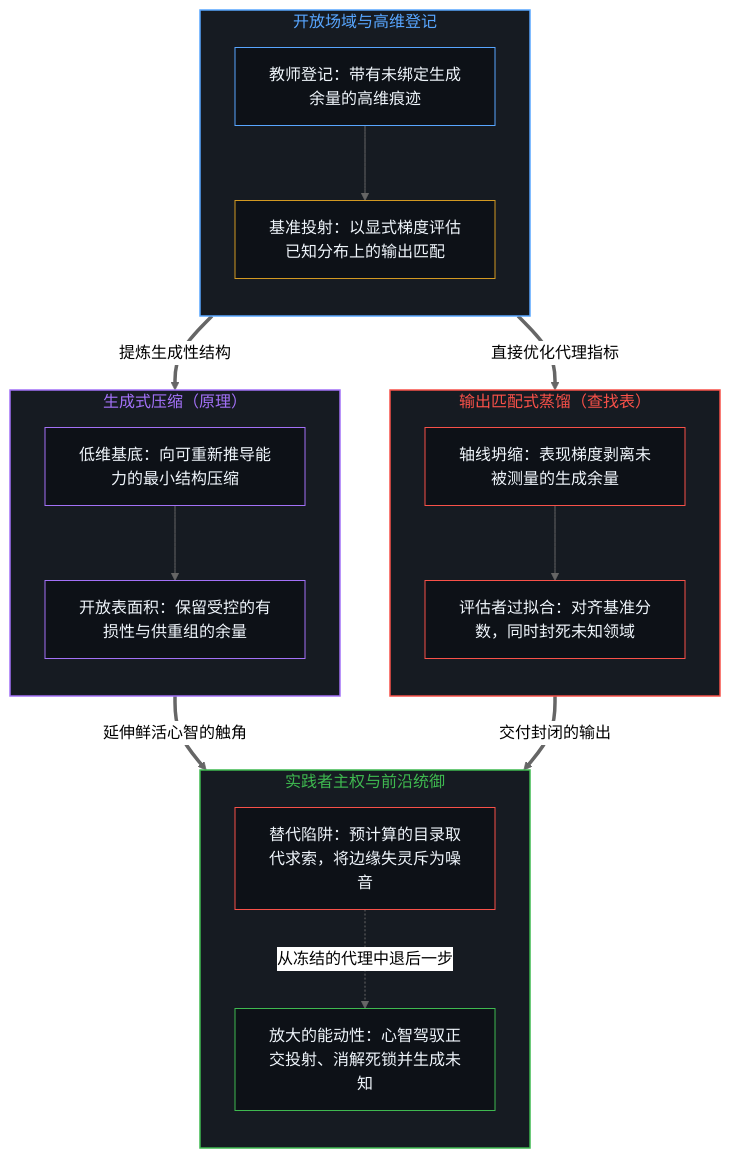
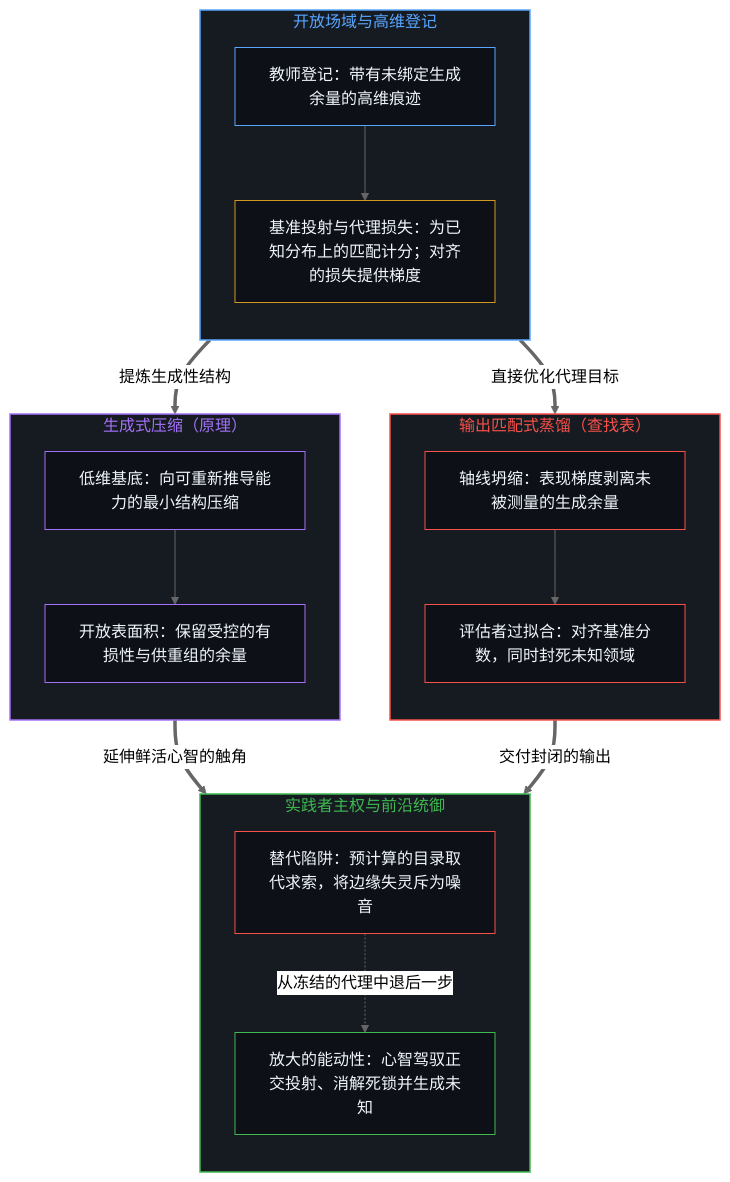
One commit to powerpig99/not-a-toe changed the first of 2 diagrams in content/posts/distillation-compression-agency.md. Above: the diagram before and after it, drawn with Mermaid (neutral theme). The commit also changed other lines of this file and 4 other files, not shown here.

````diff
--- a/content/posts/distillation-compression-agency.md
+++ b/content/posts/distillation-compression-agency.md
@@ -77,43 +77,43 @@
 ```mermaid
 flowchart TD
     subgraph S_Open["开放场域与高维登记"]
         direction TB
         Teacher["教师登记：带有未绑定生成余量的高维痕迹"]
-        Bench["基准投射：以显式梯度评估已知分布上的输出匹配"]
+        Bench["基准投射与代理损失：为已知分布上的匹配计分；对齐的损失提供梯度"]
         Teacher --> Bench
     end
     subgraph S_Lookup["输出匹配式蒸馏（查找表）"]
         direction TB
         Collapse["轴线坍缩：表现梯度剥离未被测量的生成余量"]
         LockIn["评估者过拟合：对齐基准分数，同时封死未知领域"]
         Collapse --> LockIn
     end
     subgraph S_Principle["生成式压缩（原理）"]
         direction TB
         Basis["低维基底：向可重新推导能力的最小结构压缩"]
         Surface["开放表面积：保留受控的有损性与供重组的余量"]
         Basis --> Surface
     end
     subgraph S_Agency["实践者主权与前沿统御"]
         direction TB
         Sub["替代陷阱：预计算的目录取代求索，将边缘失灵斥为噪音"]
         Amp["放大的能动性：心智驾驭正交投射、消解死锁并生成未知"]
         Sub -.->|"从冻结的代理中退后一步"| Amp
     end
-    Bench ==>|"直接优化代理指标"| Collapse
+    Bench ==>|"直接优化代理目标"| Collapse
     Teacher ==>|"提炼生成性结构"| Basis
     LockIn ==>|"交付封闭的输出"| Sub
     Surface ==>|"延伸鲜活心智的触角"| Amp
     style S_Open fill:#161b22,stroke:#58a6ff,stroke-width:1.5px,color:#58a6ff
     style S_Lookup fill:#161b22,stroke:#f85149,stroke-width:1.5px,color:#f85149
     style S_Principle fill:#161b22,stroke:#a371f7,stroke-width:1.5px,color:#a371f7
     style S_Agency fill:#161b22,stroke:#3fb950,stroke-width:1.5px,color:#3fb950
     style Teacher fill:#0d1117,stroke:#58a6ff,stroke-width:1px,color:#f0f6fc
     style Bench fill:#0d1117,stroke:#d29922,stroke-width:1px,color:#f0f6fc
     style Collapse fill:#0d1117,stroke:#f85149,stroke-width:1px,color:#f0f6fc
     style LockIn fill:#0d1117,stroke:#f85149,stroke-width:1px,color:#f0f6fc
     style Basis fill:#0d1117,stroke:#a371f7,stroke-width:1px,color:#f0f6fc
     style Surface fill:#0d1117,stroke:#a371f7,stroke-width:1px,color:#f0f6fc
     style Sub fill:#0d1117,stroke:#f85149,stroke-width:1px,color:#f0f6fc
     style Amp fill:#0d1117,stroke:#3fb950,stroke-width:1px,color:#f0f6fc
 ```
````
